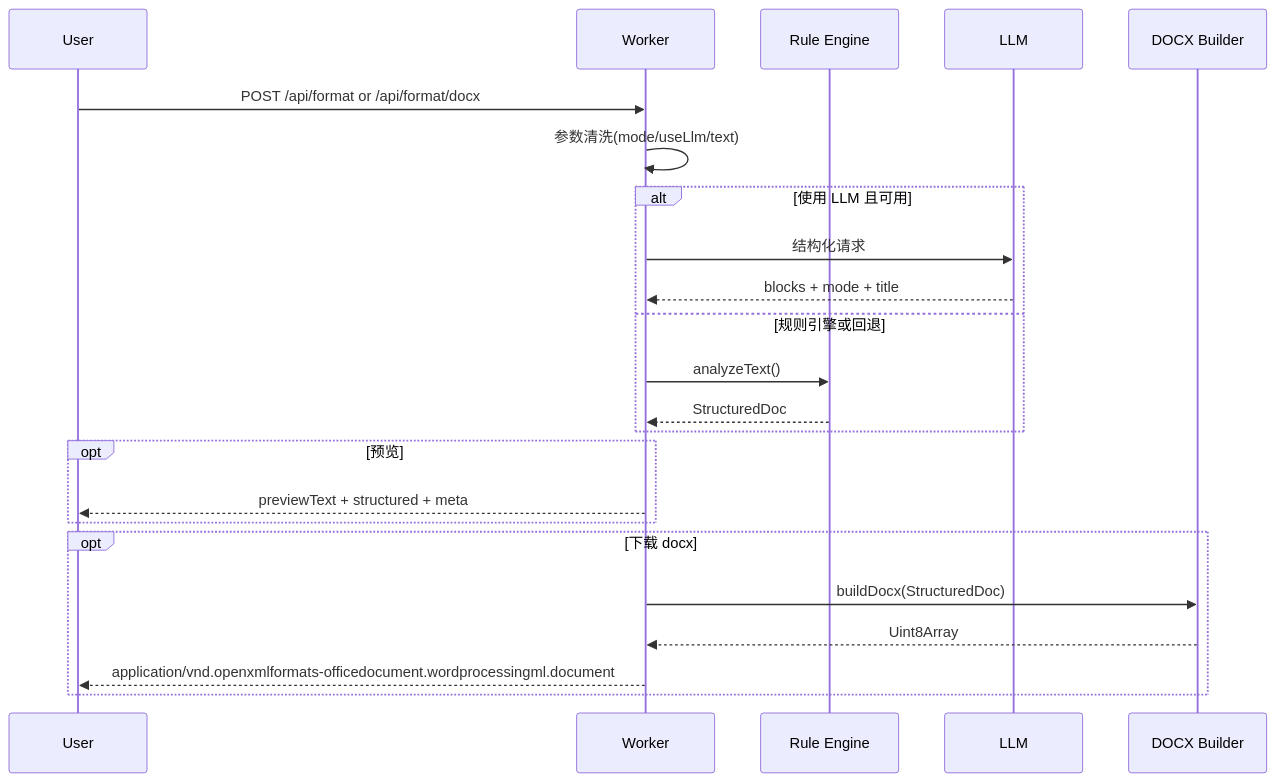
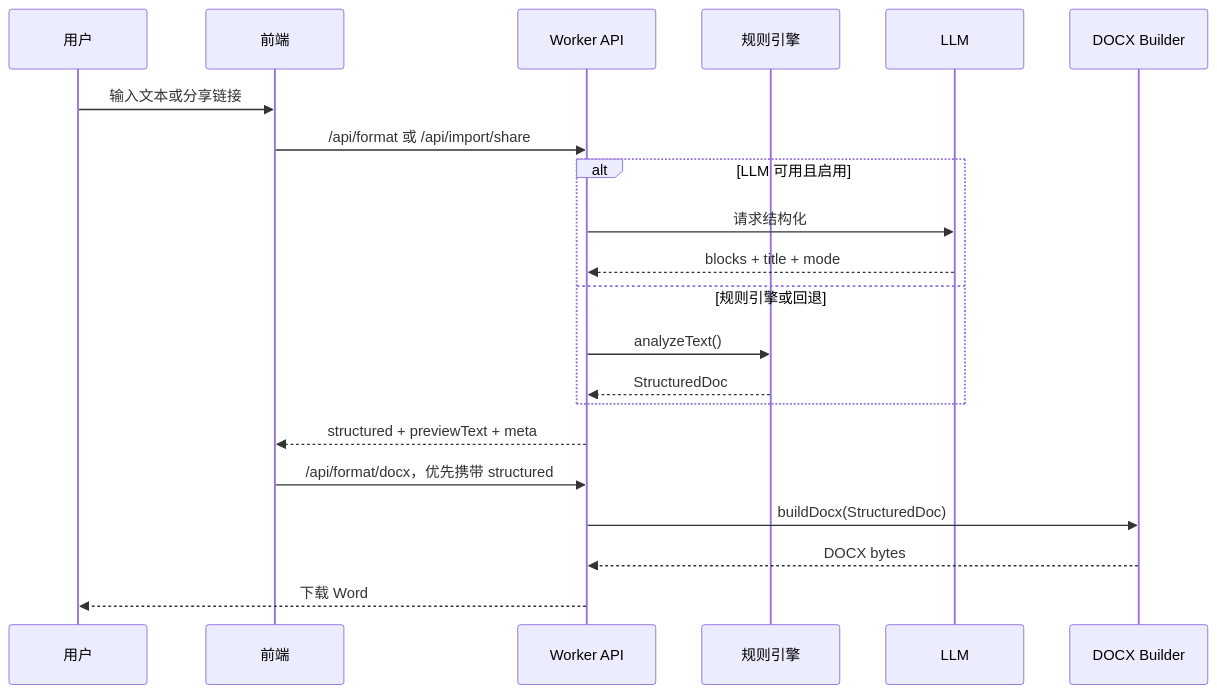
Before and after one commit to skywhite1024/word_format: the second of 2 diagrams in README.md, drawn with Mermaid. The commit also changed other lines of this file and 1 other file, not shown here.

````diff
--- a/README.md
+++ b/README.md
@@ -48,25 +58,24 @@
 ```mermaid
 sequenceDiagram
-    participant U as User
-    participant W as Worker
-    participant R as Rule Engine
+    participant U as 用户
+    participant F as 前端
+    participant W as Worker API
+    participant R as 规则引擎
     participant L as LLM
     participant D as DOCX Builder
-    U->>W: POST /api/format or /api/format/docx
-    W->>W: 参数清洗(mode/useLlm/text)
-    alt 使用 LLM 且可用
-      W->>L: 结构化请求
-      L-->>W: blocks + mode + title
+
+    U->>F: 输入文本或分享链接
+    F->>W: /api/format 或 /api/import/share
+    alt LLM 可用且启用
+        W->>L: 请求结构化
+        L-->>W: blocks + title + mode
     else 规则引擎或回退
-      W->>R: analyzeText()
-      R-->>W: StructuredDoc
+        W->>R: analyzeText()
+        R-->>W: StructuredDoc
     end
-    opt 预览
-      W-->>U: previewText + structured + meta
-    end
-    opt 下载 docx
-      W->>D: buildDocx(StructuredDoc)
-      D-->>W: Uint8Array
-      W-->>U: application/vnd.openxmlformats-officedocument.wordprocessingml.document
-    end
+    W-->>F: structured + previewText + meta
+    F->>W: /api/format/docx，优先携带 structured
+    W->>D: buildDocx(StructuredDoc)
+    D-->>W: DOCX bytes
+    W-->>U: 下载 Word
 ```
````
